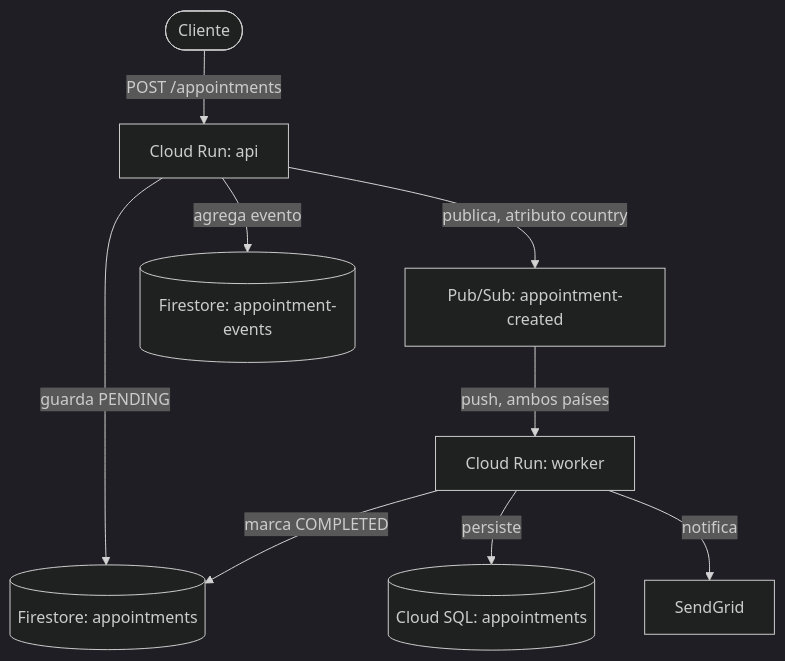
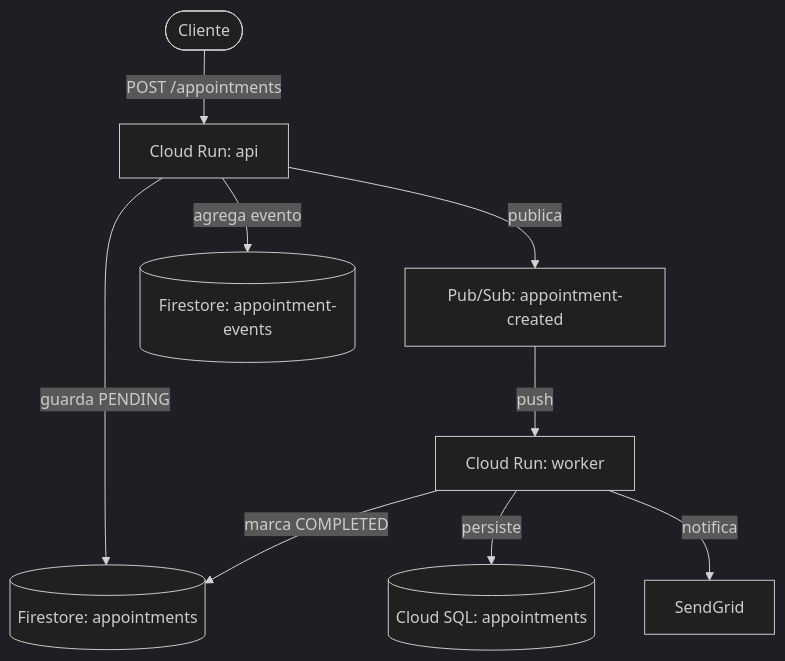
The diagram in README.md (apchavez/gcp-go), drawn with Mermaid (dark theme) before and after one commit. The commit also changed other lines of this file and 17 other files, not shown here.

First line of the commit message:
Trim to Create+GetHistory, single Pub/Sub topic

````diff
--- a/README.md
+++ b/README.md
@@ -44,11 +44,11 @@
 ```mermaid
 flowchart TD
     Client([Cliente]) -->|POST /appointments| API[Cloud Run: api]
     API -->|guarda PENDING| FS[(Firestore: appointments)]
-    API -->|publica, atributo country| PS[Pub/Sub: appointment-created]
+    API -->|publica| PS[Pub/Sub: appointment-created]
     API -->|agrega evento| FSE[(Firestore: appointment-events)]
-    PS -->|push, ambos países| WPE[Cloud Run: worker]
+    PS -->|push| WPE[Cloud Run: worker]
     WPE -->|marca COMPLETED| FS
     WPE -->|persiste| SQL[(Cloud SQL: appointments)]
     WPE -->|notifica| SG[SendGrid]
 ```
````
